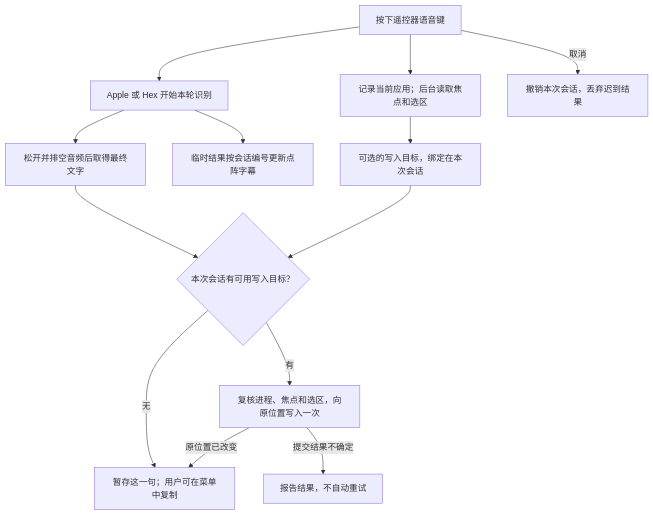
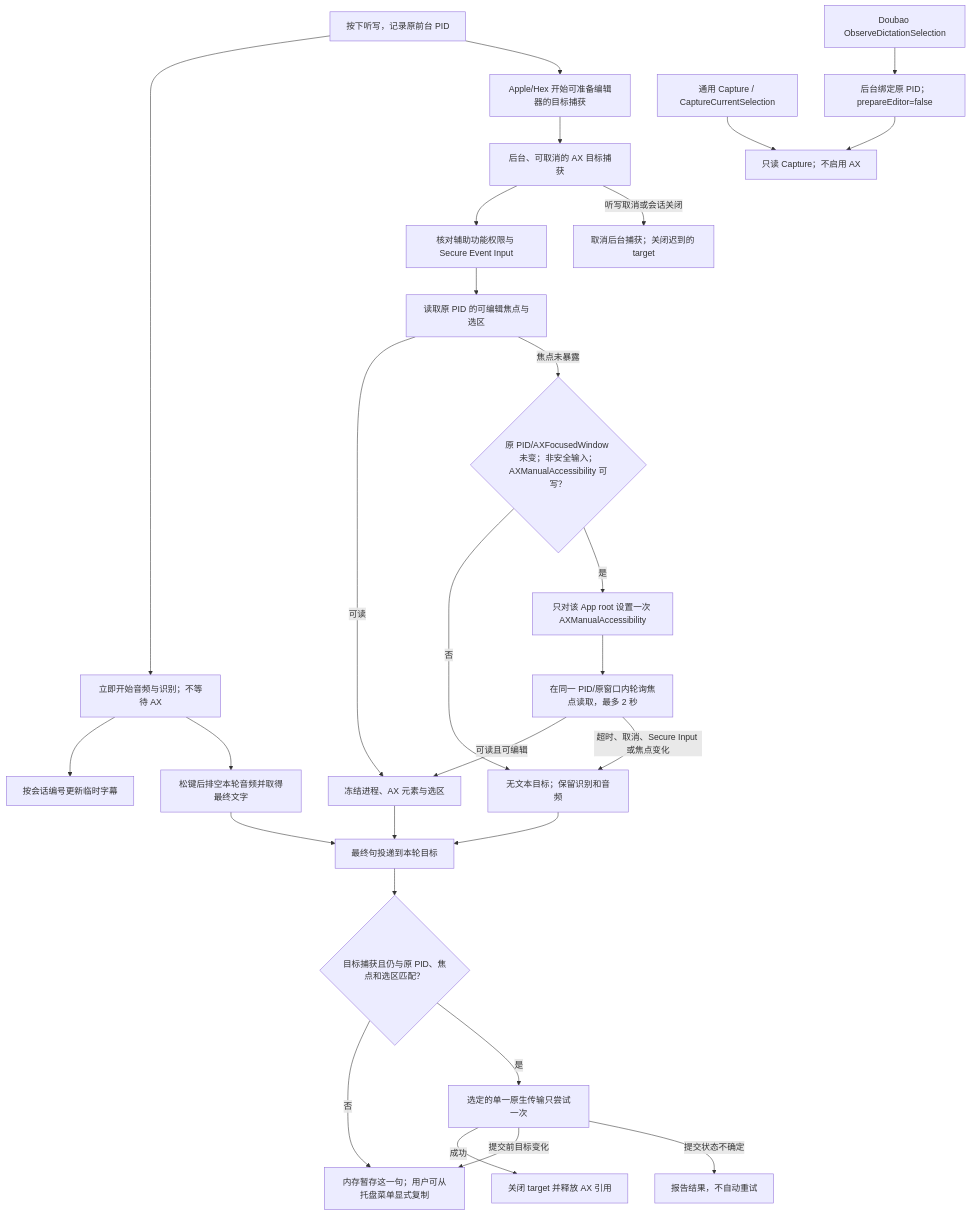
One commit to daftAI2026/MiMac changed the diagram in tools/workbench/diagrams/apple-text-target.mmd. Above: the diagram before and after it, drawn with Mermaid. The commit also changed 9 other files, not shown here.

Commit message:
Prepare editor accessibility for explicit dictation and keep IME recovery read-only

```diff
--- a/tools/workbench/diagrams/apple-text-target.mmd
+++ b/tools/workbench/diagrams/apple-text-target.mmd
@@ -1,13 +1,28 @@
 flowchart TD
-    press["按下遥控器语音键"] --> audio["Apple 或 Hex 开始本轮识别"]
-    press --> app["记录当前应用；后台读取焦点和选区"]
-    app --> target["可选的写入目标，绑定在本次会话"]
-    audio --> preview["临时结果按会话编号更新点阵字幕"]
-    audio --> final["松开并排空音频后取得最终文字"]
-    final --> check{"本次会话有可用写入目标？"}
-    target --> check
-    check -->|有| validate["复核进程、焦点和选区，向原位置写入一次"]
-    check -->|无| recover["暂存这一句；用户可在菜单中复制"]
-    validate -->|原位置已改变| recover
-    validate -->|提交结果不确定| stop["报告结果，不自动重试"]
-    press -->|取消| clear["撤销本次会话，丢弃迟到结果"]
+    press["按下听写，记录原前台 PID"] --> audio["立即开始音频与识别；不等待 AX"]
+    audio --> preview["按会话编号更新临时字幕"]
+    audio --> final["松键后排空本轮音频并取得最终文字"]
+    press --> captureReturn["Apple/Hex 开始可准备编辑器的目标捕获"]
+    captureReturn --> worker["后台、可取消的 AX 目标捕获"]
+    worker --> security["核对辅助功能权限与 Secure Event Input"]
+    security --> focus["读取原 PID 的可编辑焦点与选区"]
+    focus -->|可读| frozen["冻结进程、AX 元素与选区"]
+    focus -->|焦点未暴露| eligible{"原 PID/AXFocusedWindow 未变；非安全输入；AXManualAccessibility 可写？"}
+    eligible -->|否| noTarget["无文本目标；保留识别和音频"]
+    eligible -->|是| enable["只对该 App root 设置一次 AXManualAccessibility"]
+    enable --> poll["在同一 PID/原窗口内轮询焦点读取，最多 2 秒"]
+    poll -->|可读且可编辑| frozen
+    poll -->|超时、取消、Secure Input 或焦点变化| noTarget
+    frozen --> deliver["最终句投递到本轮目标"]
+    noTarget --> deliver
+    final --> deliver
+    deliver --> result{"目标捕获且仍与原 PID、焦点和选区匹配？"}
+    result -->|否| pending["内存暂存这一句；用户可从托盘菜单显式复制"]
+    result -->|是| insert["选定的单一原生传输只尝试一次"]
+    insert -->|成功| cleanup["关闭 target 并释放 AX 引用"]
+    insert -->|提交前目标变化| pending
+    insert -->|提交状态不确定| uncertain["报告结果，不自动重试"]
+    worker -->|听写取消或会话关闭| cancel["取消后台捕获；关闭迟到的 target"]
+    observe["Doubao ObserveDictationSelection"] --> observeWorker["后台绑定原 PID；prepareEditor=false"]
+    observeWorker --> readOnly["只读 Capture；不启用 AX"]
+    recovery["通用 Capture / CaptureCurrentSelection"] --> readOnly
```
